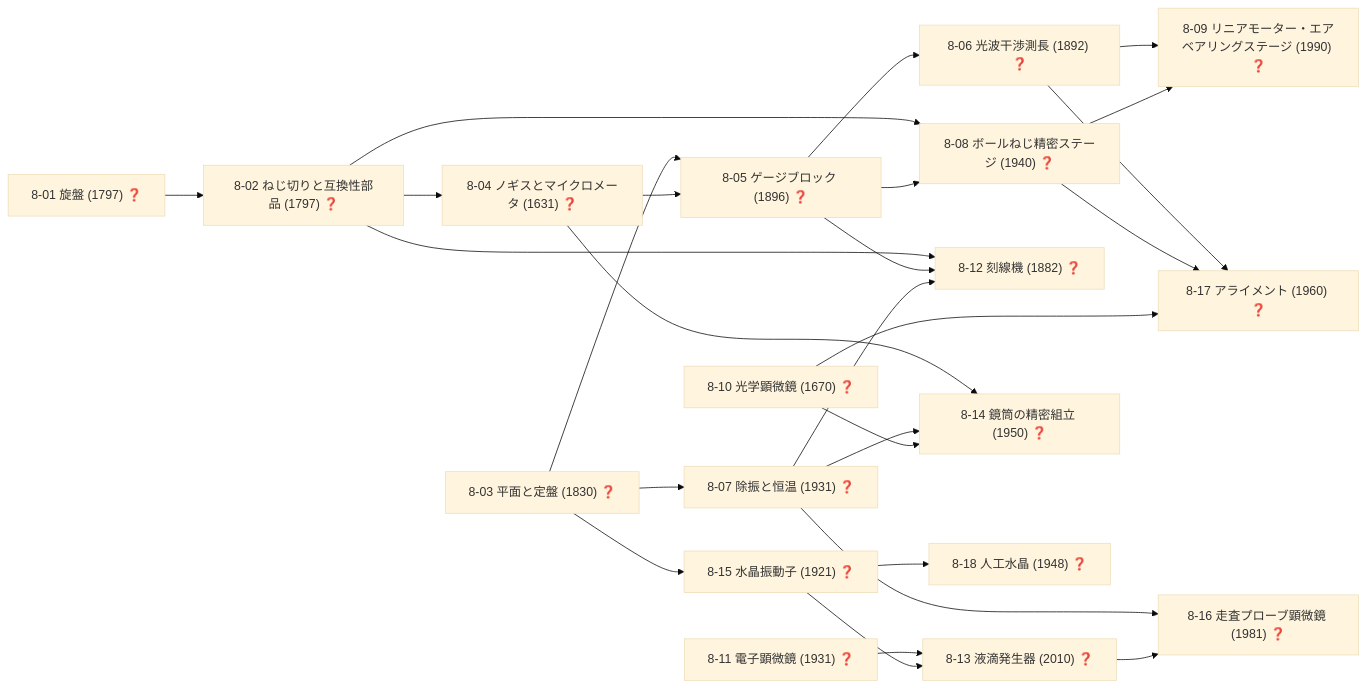
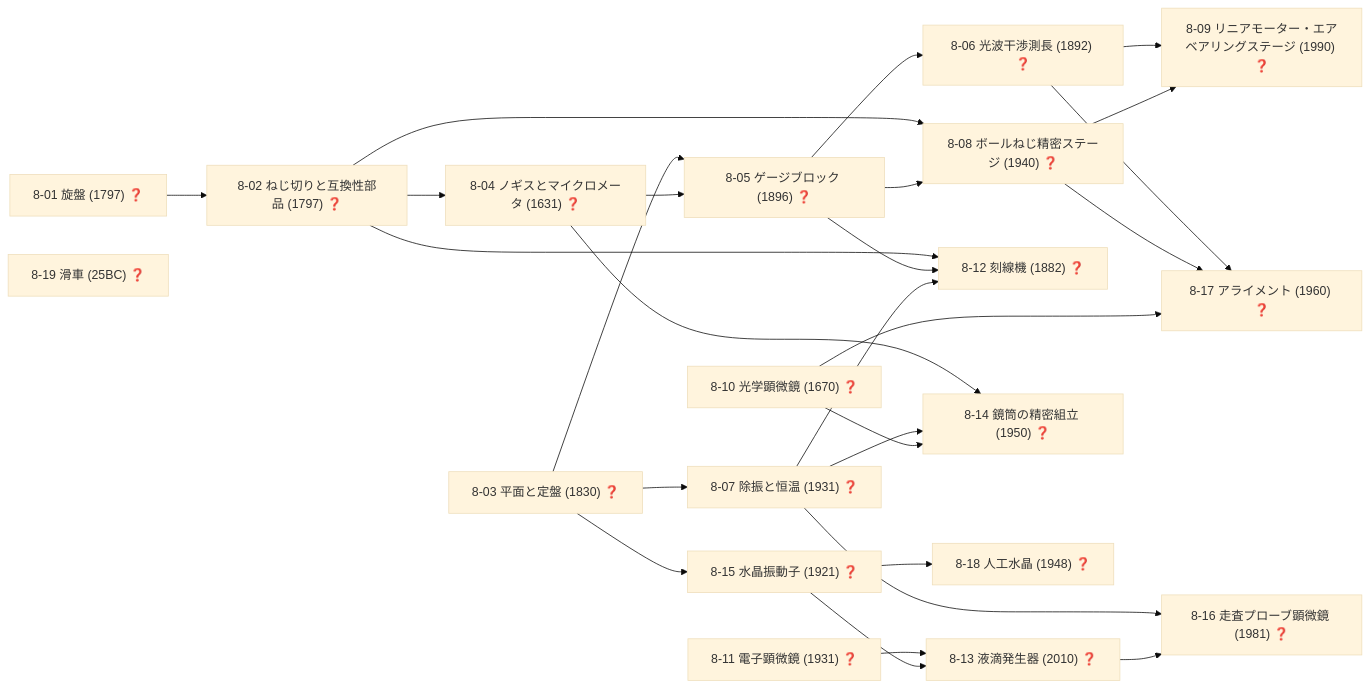
One commit to taku3i0317-collab/semiconductor-lab changed diagram 11 of 19 in docs/TECH_TREE_VIEW.md. Above: the diagram before and after it, drawn with Mermaid (base theme). The commit also changed other lines of this file and 5 other files, not shown here.

````diff
--- a/docs/TECH_TREE_VIEW.md
+++ b/docs/TECH_TREE_VIEW.md
@@ -520,46 +528,47 @@
 ```mermaid
 graph LR
   n8_01["8-01 旋盤 (1797) ❓"]
   n8_02["8-02 ねじ切りと互換性部品 (1797) ❓"]
   n8_03["8-03 平面と定盤 (1830) ❓"]
   n8_04["8-04 ノギスとマイクロメータ (1631) ❓"]
   n8_05["8-05 ゲージブロック (1896) ❓"]
   n8_06["8-06 光波干渉測長 (1892) ❓"]
   n8_07["8-07 除振と恒温 (1931) ❓"]
   n8_08["8-08 ボールねじ精密ステージ (1940) ❓"]
   n8_09["8-09 リニアモーター・エアベアリングステージ (1990) ❓"]
   n8_10["8-10 光学顕微鏡 (1670) ❓"]
   n8_11["8-11 電子顕微鏡 (1931) ❓"]
   n8_12["8-12 刻線機 (1882) ❓"]
   n8_13["8-13 液滴発生器 (2010) ❓"]
   n8_14["8-14 鏡筒の精密組立 (1950) ❓"]
   n8_15["8-15 水晶振動子 (1921) ❓"]
   n8_16["8-16 走査プローブ顕微鏡 (1981) ❓"]
   n8_17["8-17 アライメント (1960) ❓"]
   n8_18["8-18 人工水晶 (1948) ❓"]
+  n8_19["8-19 滑車 (25BC) ❓"]
   n8_01-->n8_02
   n8_02-->n8_04
   n8_03-->n8_05
   n8_04-->n8_05
   n8_05-->n8_06
   n8_03-->n8_07
   n8_02-->n8_08
   n8_05-->n8_08
   n8_06-->n8_09
   n8_08-->n8_09
   n8_02-->n8_12
   n8_05-->n8_12
   n8_07-->n8_12
   n8_11-->n8_13
   n8_15-->n8_13
   n8_04-->n8_14
   n8_07-->n8_14
   n8_10-->n8_14
   n8_03-->n8_15
   n8_07-->n8_16
   n8_13-->n8_16
   n8_06-->n8_17
   n8_08-->n8_17
   n8_10-->n8_17
   n8_15-->n8_18
 ```
````
